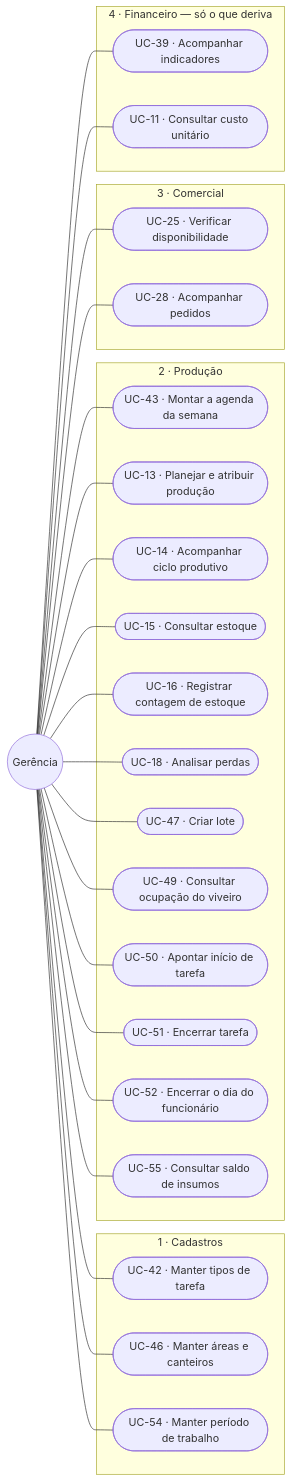
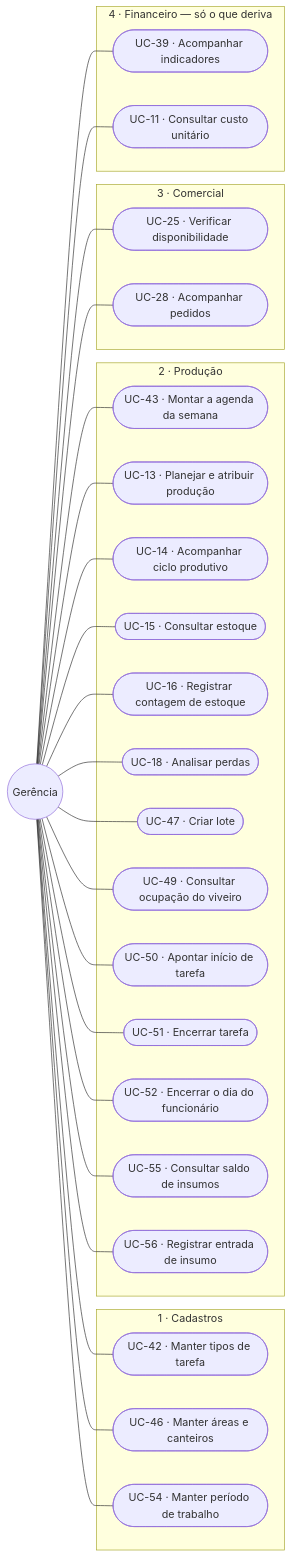
Before and after one commit to JoaoMudar/mudar: the third of 5 diagrams in docs/engenharia/C-modelagem/C1-diagrama-casos-de-uso.md, drawn with Mermaid. The commit also changed other lines of this file and 40 other files, not shown here.

````diff
--- a/docs/engenharia/C-modelagem/C1-diagrama-casos-de-uso.md
+++ b/docs/engenharia/C-modelagem/C1-diagrama-casos-de-uso.md
@@ -204,55 +204,57 @@
 ```mermaid
 graph LR
   GE(("Gerência"))
 
   subgraph M1["1 · Cadastros"]
     UC42(["UC-42 · Manter tipos de tarefa"])
     UC46(["UC-46 · Manter áreas e canteiros"])
     UC54(["UC-54 · Manter período de trabalho"])
   end
 
   subgraph M2["2 · Produção"]
     UC43(["UC-43 · Montar a agenda da semana"])
     UC13(["UC-13 · Planejar e atribuir produção"])
     UC14(["UC-14 · Acompanhar ciclo produtivo"])
     UC15(["UC-15 · Consultar estoque"])
     UC16(["UC-16 · Registrar contagem de estoque"])
     UC18b(["UC-18 · Analisar perdas"])
     UC47(["UC-47 · Criar lote"])
     UC49(["UC-49 · Consultar ocupação do viveiro"])
     UC50(["UC-50 · Apontar início de tarefa"])
     UC51(["UC-51 · Encerrar tarefa"])
     UC52(["UC-52 · Encerrar o dia do funcionário"])
     UC55(["UC-55 · Consultar saldo de insumos"])
+    UC56(["UC-56 · Registrar entrada de insumo"])
   end
 
   subgraph M3["3 · Comercial"]
     UC25(["UC-25 · Verificar disponibilidade"])
     UC28b(["UC-28 · Acompanhar pedidos"])
   end
 
   subgraph M4["4 · Financeiro &mdash; só o que deriva"]
     UC39b(["UC-39 · Acompanhar indicadores"])
     UC11b(["UC-11 · Consultar custo unitário"])
   end
 
   GE --- UC42
   GE --- UC46
   GE --- UC54
   GE --- UC43
   GE --- UC47
   GE --- UC49
   GE --- UC50
   GE --- UC51
   GE --- UC52
   GE --- UC55
+  GE --- UC56
   GE --- UC13
   GE --- UC14
   GE --- UC15
   GE --- UC16
   GE --- UC25
   GE --- UC28b
   GE --- UC18b
   GE --- UC39b
   GE --- UC11b
 ```
````
